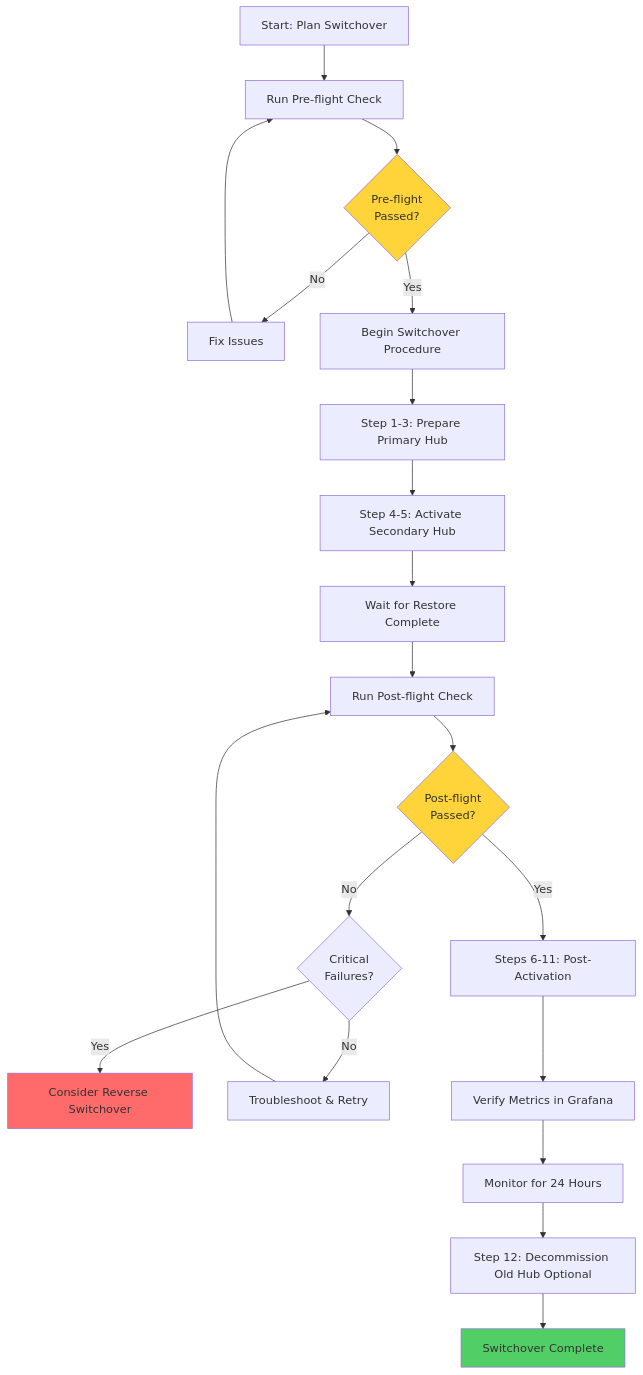
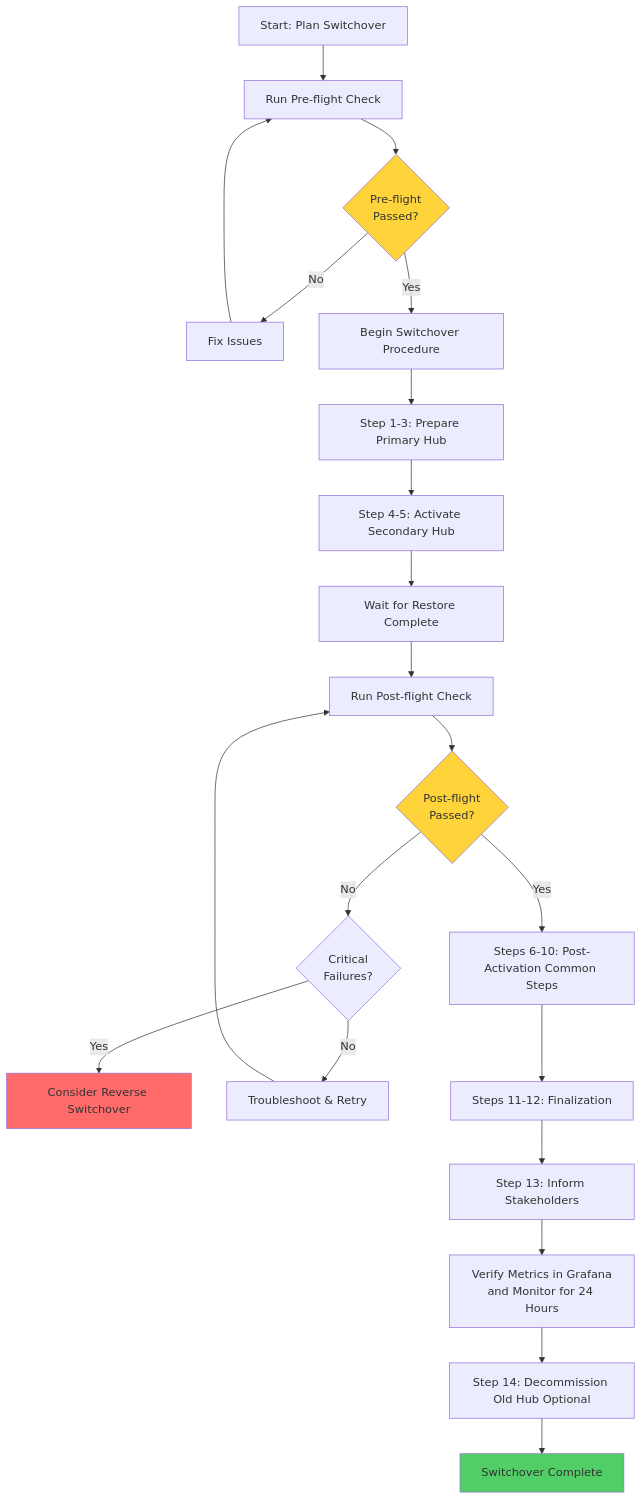
One commit to tomazb/rh-acm-switchover changed the sixth of 6 diagrams in scripts/README.md. Above: the diagram before and after it, drawn with Mermaid. The commit also changed other lines of this file, not shown here.

Commit message:
docs: refresh README mermaid workflows

````diff
--- a/scripts/README.md
+++ b/scripts/README.md
@@ -917,27 +921,28 @@
 ```mermaid
 graph TD
     A[Start: Plan Switchover] --> B[Run Pre-flight Check]
     B --> C{Pre-flight<br/>Passed?}
     C -->|No| D[Fix Issues]
     D --> B
     C -->|Yes| E[Begin Switchover Procedure]
     E --> F[Step 1-3: Prepare Primary Hub]
     F --> G[Step 4-5: Activate Secondary Hub]
     G --> H[Wait for Restore Complete]
     H --> I[Run Post-flight Check]
     I --> J{Post-flight<br/>Passed?}
     J -->|No| K{Critical<br/>Failures?}
     K -->|Yes| L[Consider Reverse Switchover]
     K -->|No| M[Troubleshoot & Retry]
     M --> I
-    J -->|Yes| N[Steps 6-11: Post-Activation]
-    N --> O[Verify Metrics in Grafana]
-    O --> P[Monitor for 24 Hours]
-    P --> Q[Step 12: Decommission Old Hub Optional]
-    Q --> R[Switchover Complete]
+    J -->|Yes| N[Steps 6-10: Post-Activation Common Steps]
+    N --> O[Steps 11-12: Finalization]
+    O --> P[Step 13: Inform Stakeholders]
+    P --> Q[Verify Metrics in Grafana<br/>and Monitor for 24 Hours]
+    Q --> R[Step 14: Decommission Old Hub Optional]
+    R --> S[Switchover Complete]
     
     style C fill:#ffd43b
     style J fill:#ffd43b
     style L fill:#ff6b6b
-    style R fill:#51cf66
+    style S fill:#51cf66
 ```
````
